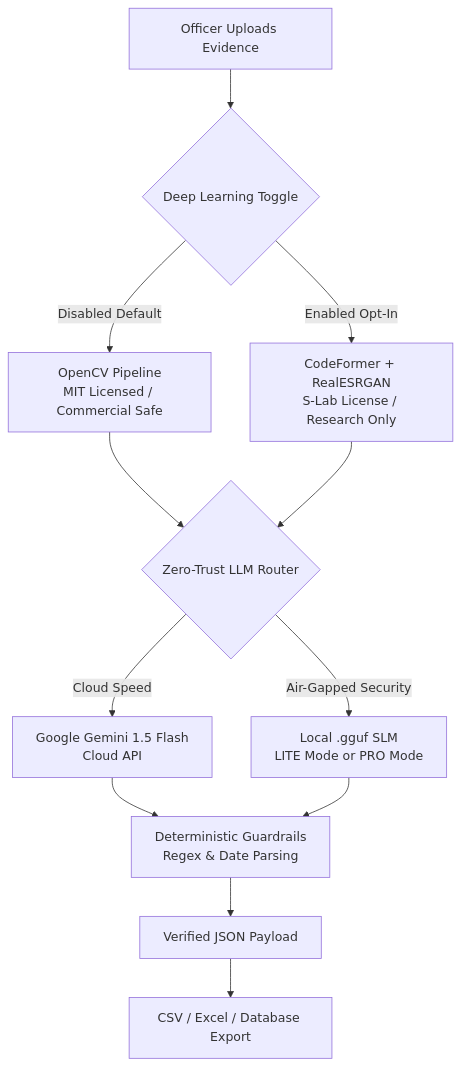
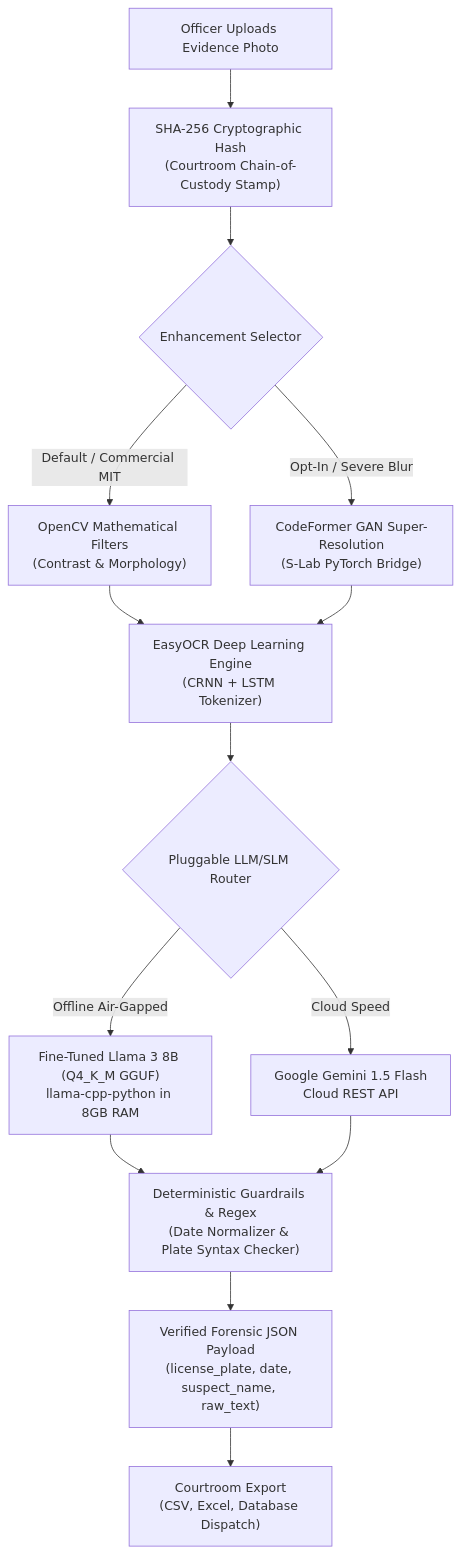
One commit to GorangSinghal/PoliceForensicsAI changed the diagram in README.md. Above: the diagram before and after it, drawn with Mermaid. The commit also changed other lines of this file, not shown here.

First line of the commit message:
docs: comprehensive README overhaul with architecture, benchmarks, and API guides

````diff
--- a/README.md
+++ b/README.md
@@ -27,22 +33,21 @@
 ```mermaid
-graph TD
-    A[Officer Uploads Evidence] --> B{Deep Learning Toggle}
+flowchart TD
+    A["Officer Uploads Evidence Photo"] --> B["SHA-256 Cryptographic Hash<br/>(Courtroom Chain-of-Custody Stamp)"]
     
-    %% Dual Licensing Routing
-    B -->|Disabled Default| C["OpenCV Pipeline<br/>MIT Licensed / Commercial Safe"]
-    B -->|Enabled Opt-In| D["CodeFormer + RealESRGAN<br/>S-Lab License / Research Only"]
+    B --> C{"Enhancement Selector"}
+    C -->|Default / Commercial MIT| D["OpenCV Mathematical Filters<br/>(Contrast & Morphology)"]
+    C -->|Opt-In / Severe Blur| E["CodeFormer GAN Super-Resolution<br/>(S-Lab PyTorch Bridge)"]
     
-    C --> E{Zero-Trust LLM Router}
-    D --> E
+    D --> F["EasyOCR Deep Learning Engine<br/>(CRNN + LSTM Tokenizer)"]
+    E --> F
     
-    %% LLM Routing
-    E -->|Cloud Speed| F["Google Gemini 1.5 Flash<br/>Cloud API"]
-    E -->|Air-Gapped Security| G["Local .gguf SLM<br/>LITE Mode or PRO Mode"]
+    F --> G{"Pluggable LLM/SLM Router"}
+    G -->|Offline Air-Gapped| H["Fine-Tuned Llama 3 8B (Q4_K_M GGUF)<br/>llama-cpp-python in 8GB RAM"]
+    G -->|Cloud Speed| I["Google Gemini 1.5 Flash<br/>Cloud REST API"]
     
-    %% Guardrails
-    F --> H["Deterministic Guardrails<br/>Regex & Date Parsing"]
-    G --> H
+    H --> J["Deterministic Guardrails & Regex<br/>(Date Normalizer & Plate Syntax Checker)"]
+    I --> J
     
-    H --> I[Verified JSON Payload]
-    I --> J["CSV / Excel / Database Export"]
+    J --> K["Verified Forensic JSON Payload<br/>(license_plate, date, suspect_name, raw_text)"]
+    K --> L["Courtroom Export<br/>(CSV, Excel, Database Dispatch)"]
 ```
````
